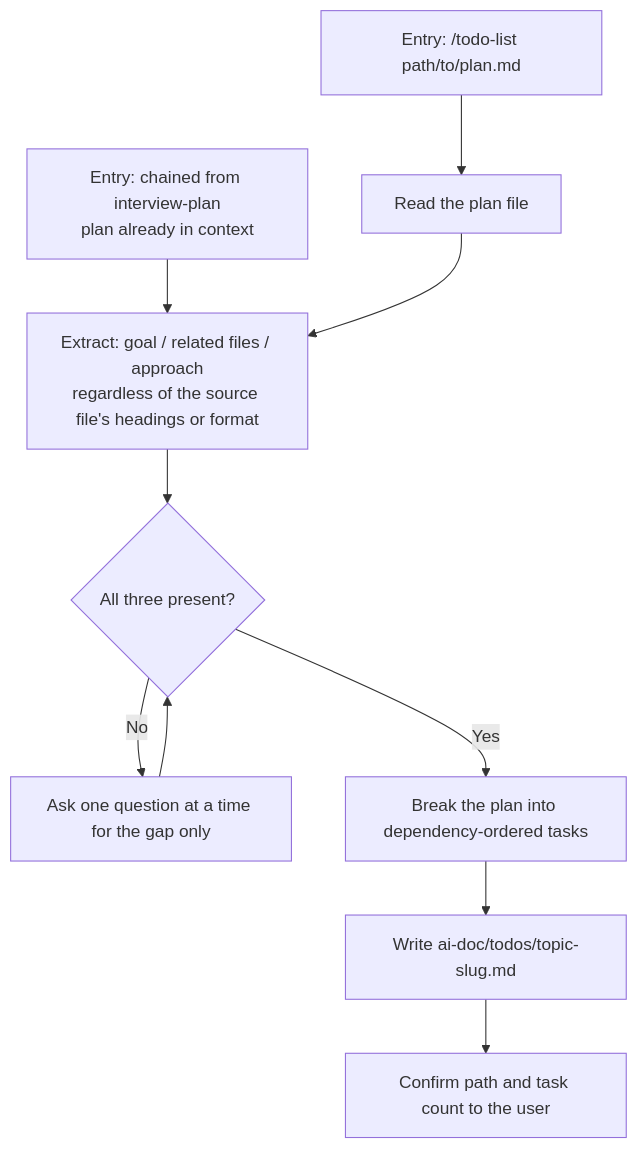
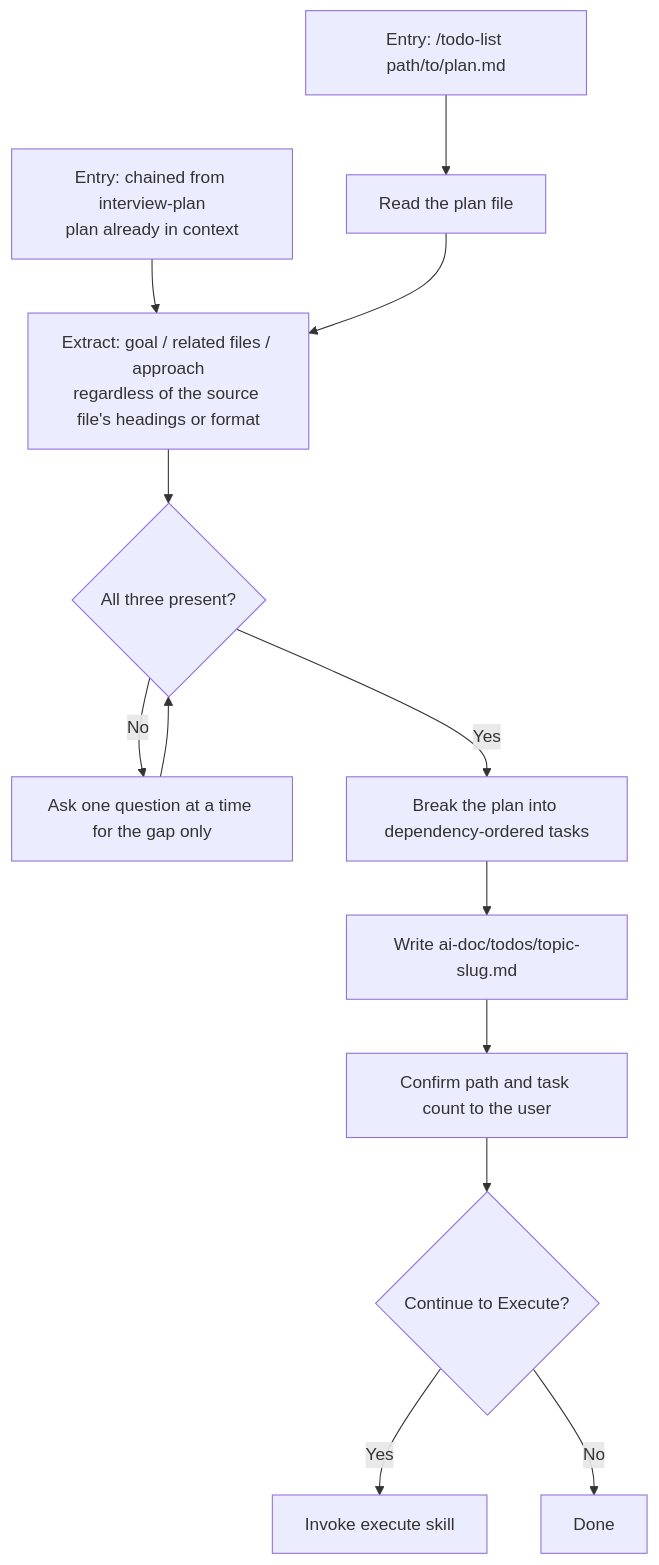
Before and after one commit to raiz32/agent-template: the diagram in skills/todo-list.md, drawn with Mermaid. The commit also changed other lines of this file and 1 other file, not shown here.

Commit message:
feat: introduce execute skill for processing todo lists and generating handoff summaries

````diff
--- a/skills/todo-list.md
+++ b/skills/todo-list.md
@@ -12,12 +12,15 @@
 ```mermaid
 flowchart TD
   A1[Entry: chained from interview-plan\nplan already in context] --> C
   A2[Entry: /todo-list path/to/plan.md] --> B[Read the plan file]
   B --> C[Extract: goal / related files / approach\nregardless of the source file's headings or format]
   C --> D{All three present?}
   D -- No --> E[Ask one question at a time for the gap only]
   E --> D
   D -- Yes --> F[Break the plan into dependency-ordered tasks]
   F --> G[Write ai-doc/todos/topic-slug.md]
   G --> H[Confirm path and task count to the user]
+  H --> I{Continue to Execute?}
+  I -- Yes --> J[Invoke execute skill]
+  I -- No --> K[Done]
 ```
````
